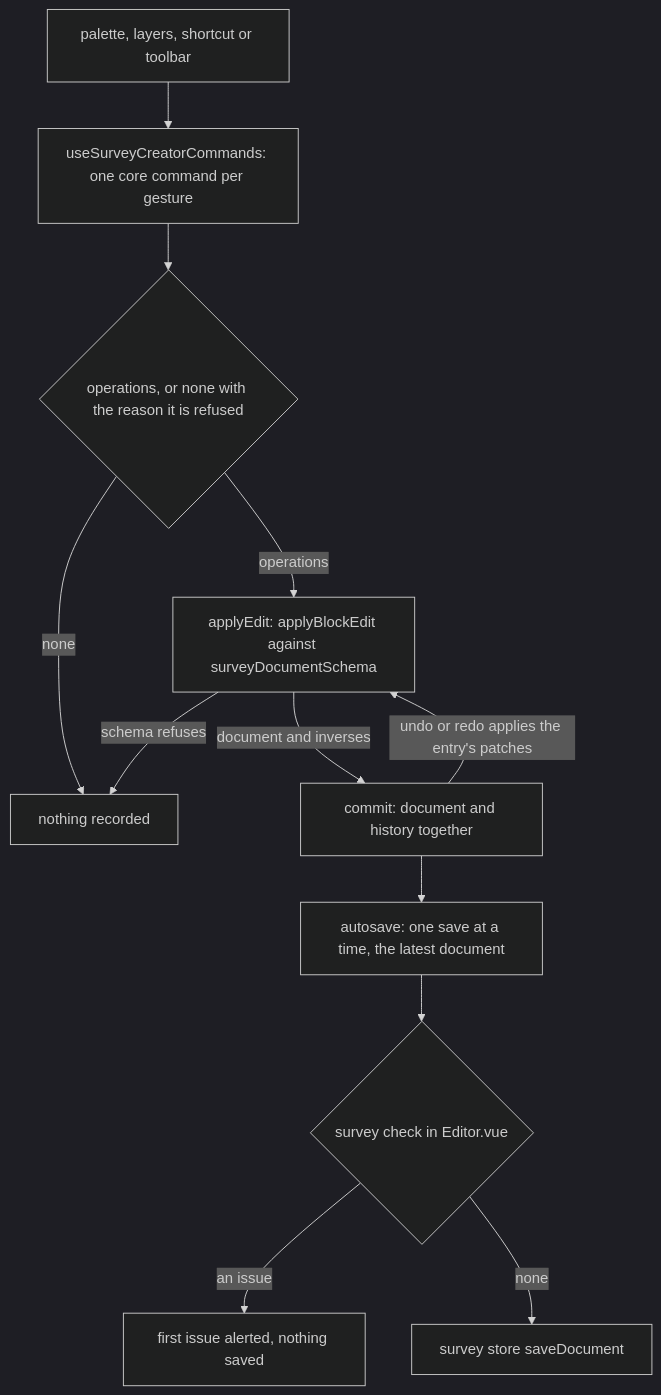
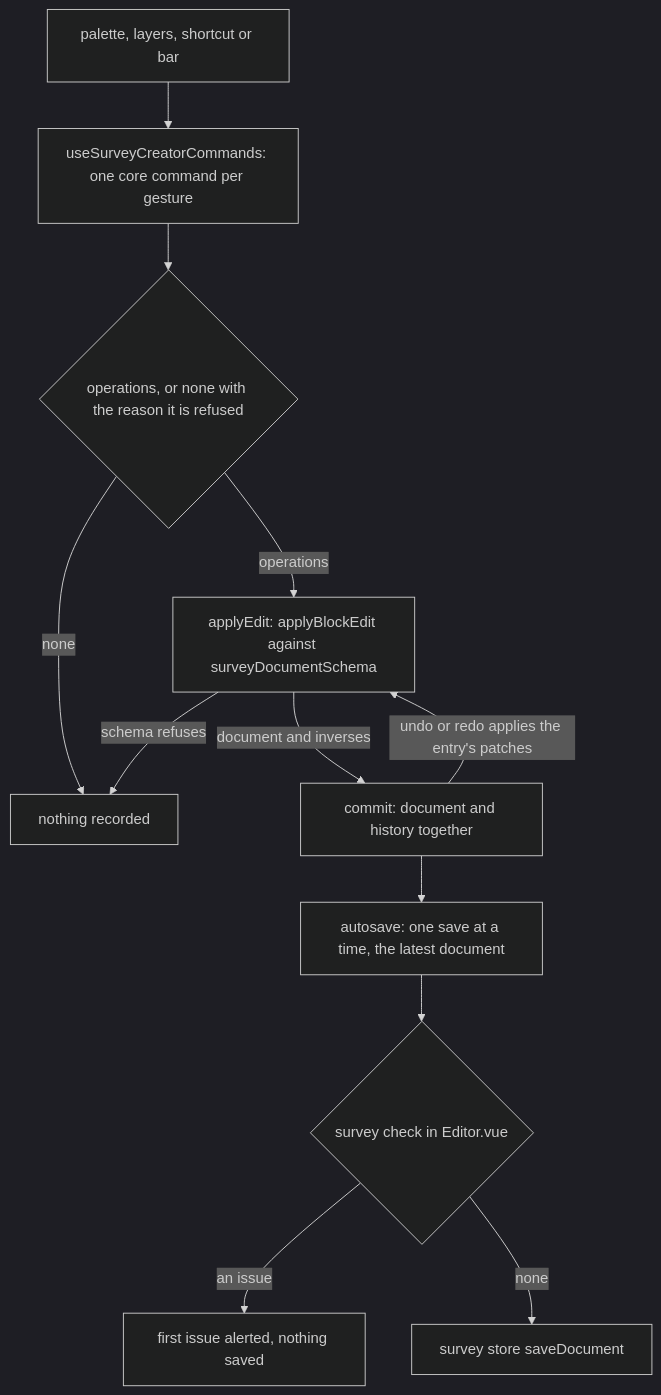
One commit to Esposter/Esposter changed the diagram in openspec/specs/resource/survey-creator/design.md. Above: the diagram before and after it, drawn with Mermaid (dark theme). The commit also changed other lines of this file, not shown here.

First line of the commit message:
docs(survey-creator): the creator's design as built

````diff
--- a/openspec/specs/resource/survey-creator/design.md
+++ b/openspec/specs/resource/survey-creator/design.md
@@ -9,14 +9,14 @@
 ```mermaid
 flowchart TD
-  GESTURE["palette, layers, shortcut or toolbar"] --> CMD["useSurveyCreatorCommands: one core command per gesture"]
+  GESTURE["palette, layers, shortcut or bar"] --> CMD["useSurveyCreatorCommands: one core command per gesture"]
   CMD --> OPS{"operations, or none with the reason it is refused"}
   OPS -->|none| REFUSED["nothing recorded"]
   OPS -->|operations| APPLY["applyEdit: applyBlockEdit against surveyDocumentSchema"]
   APPLY -->|"schema refuses"| REFUSED
   APPLY -->|"document and inverses"| COMMIT["commit: document and history together"]
   COMMIT -->|"undo or redo applies the entry's patches"| APPLY
   COMMIT --> AUTOSAVE["autosave: one save at a time, the latest document"]
   AUTOSAVE --> CHECK{"survey check in Editor.vue"}
   CHECK -->|"an issue"| ALERT["first issue alerted, nothing saved"]
   CHECK -->|"none"| SAVE["survey store saveDocument"]
 ```
````
